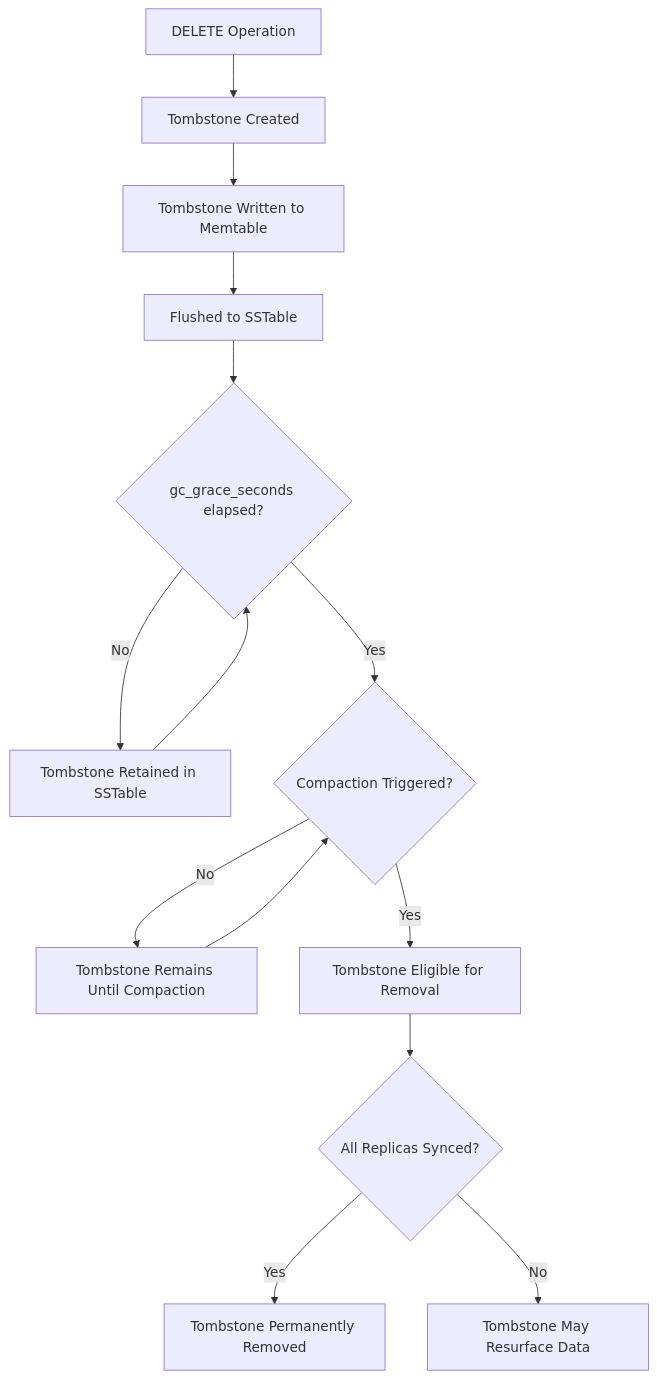
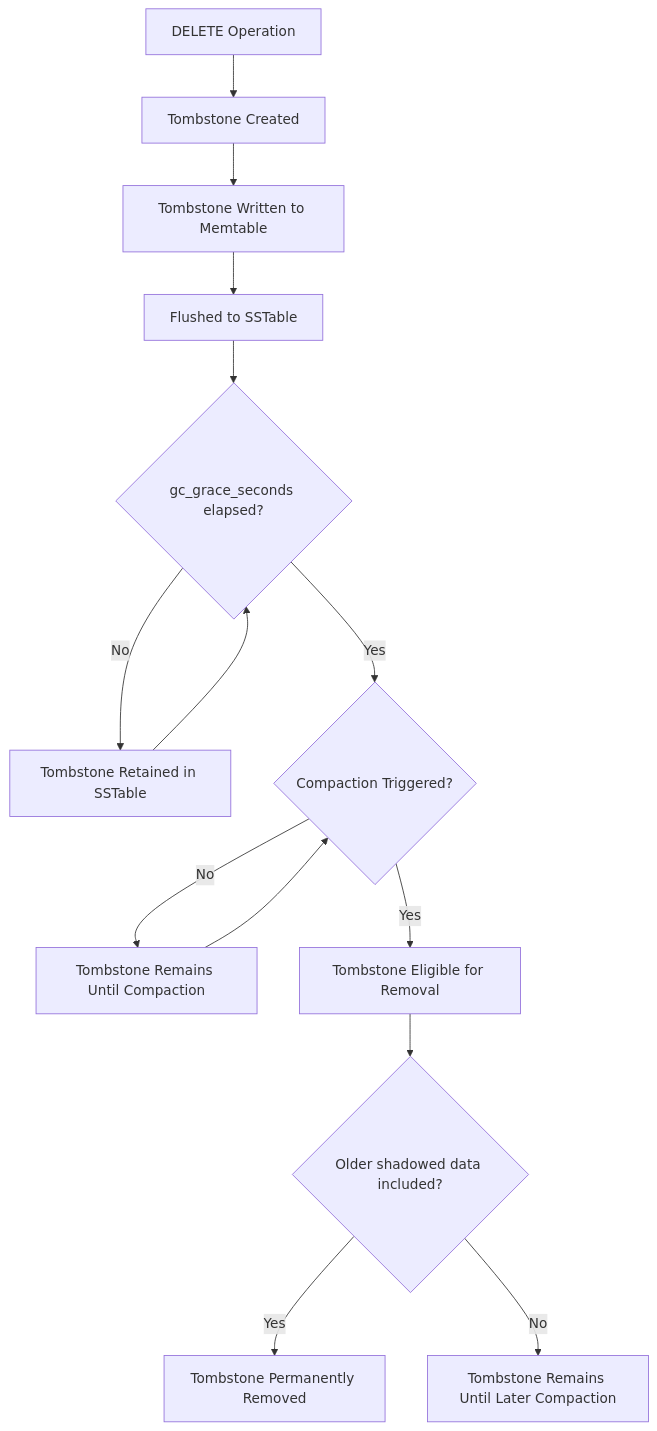
One commit to OneUptime/blog changed the second of 4 diagrams in posts/2026-01-26-cassandra-tombstones/README.md. Above: the diagram before and after it, drawn with Mermaid. The commit also changed other lines of this file and 2 other files, not shown here.

````diff
--- a/posts/2026-01-26-cassandra-tombstones/README.md
+++ b/posts/2026-01-26-cassandra-tombstones/README.md
@@ -104,16 +113,16 @@
 ```mermaid
 flowchart TD
     A[DELETE Operation] --> B[Tombstone Created]
     B --> C[Tombstone Written to Memtable]
     C --> D[Flushed to SSTable]
     D --> E{gc_grace_seconds elapsed?}
     E -->|No| F[Tombstone Retained in SSTable]
     F --> E
     E -->|Yes| G{Compaction Triggered?}
     G -->|No| H[Tombstone Remains Until Compaction]
     H --> G
     G -->|Yes| I[Tombstone Eligible for Removal]
-    I --> J{All Replicas Synced?}
+    I --> J{Older shadowed data included?}
     J -->|Yes| K[Tombstone Permanently Removed]
-    J -->|No| L[Tombstone May Resurface Data]
+    J -->|No| L[Tombstone Remains Until Later Compaction]
 ```
````
